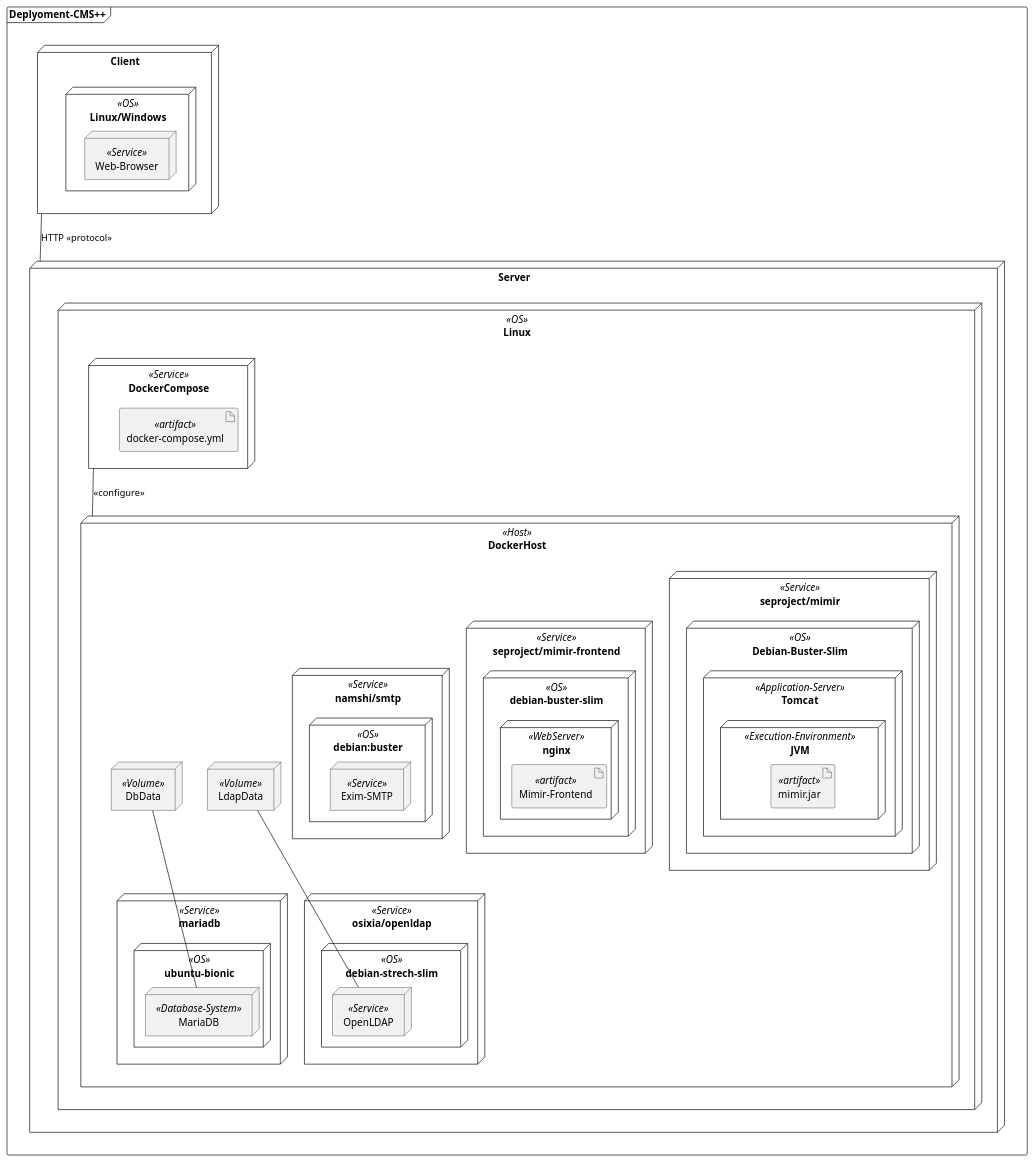
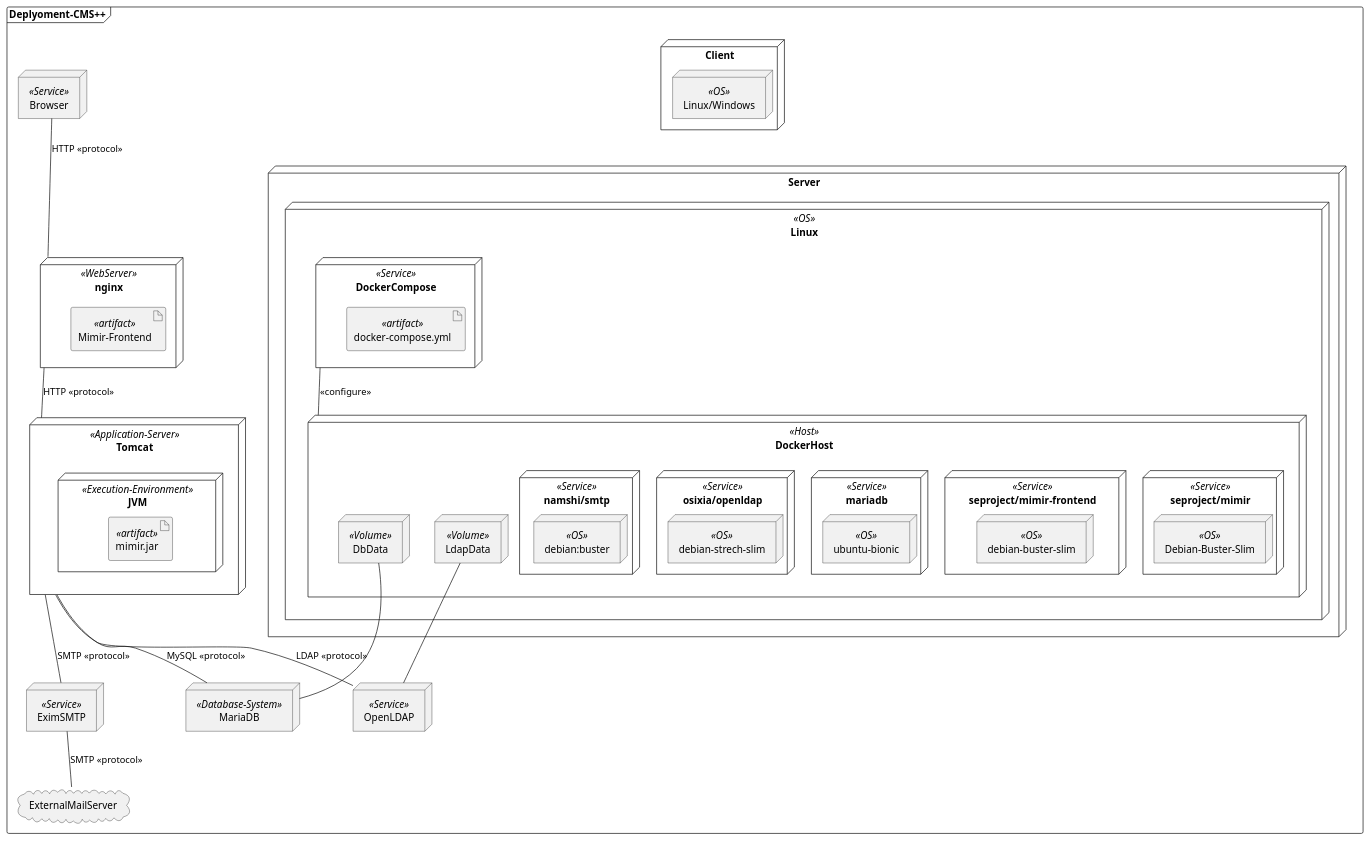
One commit to NotAWiz4rd/mimir-cms changed the diagram in uml/deployment.puml. Above: the diagram before and after it, drawn with PlantUML.

Commit message:
Ludwig Feedback

```diff
--- a/uml/deployment.puml
+++ b/uml/deployment.puml
@@ -1,66 +1,74 @@
 @startuml
 
 frame Deplyoment-CMS++{
-
+    
+    cloud ExternalMailServer
+    
+    Browser -- nginx : HTTP <<protocol>>
+    nginx -- Tomcat : HTTP <<protocol>>
+    Tomcat -- OpenLDAP : LDAP <<protocol>>
+    Tomcat -- MariaDB : MySQL <<protocol>>
+    Tomcat -- EximSMTP : SMTP <<protocol>>
+    EximSMTP -- ExternalMailServer : SMTP <<protocol>>
+    
     node Client {
         node Linux/Windows <<OS>> {
-            node Web-Browser <<Service>> {
+            node Browser <<Service>> {
 
             }
         }
     }
-
-    Client -- Server : HTTP <<protocol>>
 
     node Server {
         node Linux <<OS>> {
            node DockerHost <<Host>> {
                 node seproject/mimir <<Service>> {
                     node Debian-Buster-Slim <<OS>> {
                         node Tomcat <<Application-Server>> {
                             node JVM <<Execution-Environment>> {
                                artifact "mimir.jar" <<artifact>>
                             }
                         }
                     }
                 }
                 node seproject/mimir-frontend <<Service>> {
                     node debian-buster-slim <<OS>> {
                         node nginx <<WebServer>> {
                             artifact "Mimir-Frontend" <<artifact>>
                         }
                     }
                 }
                 node mariadb <<Service>> {
                     node ubuntu-bionic <<OS>> {
                         node MariaDB <<Database-System>> {
                         }
                     }
                 }
                 node osixia/openldap <<Service>> {
                     node debian-strech-slim <<OS>> {
                         node OpenLDAP <<Service>> {
                         }
                     }
                 }
                 node namshi/smtp <<Service>> {
                     node debian:buster <<OS>> {
-                        node Exim-SMTP <<Service>> {
+                        node EximSMTP <<Service>> {
                         }
                     }
                 }
                 node LdapData <<Volume>> {
                 }
                 node DbData <<Volume>> {
                 }
                 LdapData -- OpenLDAP
                 DbData -- MariaDB
            }
            node DockerCompose <<Service>> {
                 artifact "docker-compose.yml" <<artifact>>
            }
            DockerCompose -- DockerHost : <<configure>>
+          
         }
     }
 }
 @enduml
```
